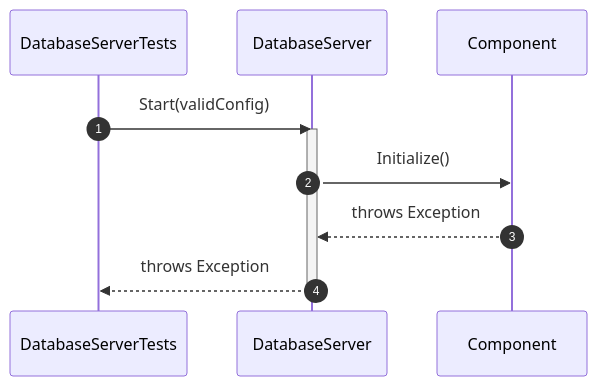
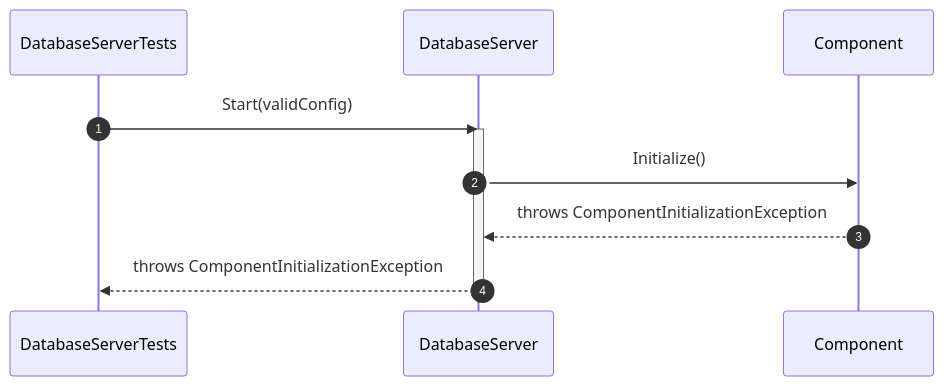
One commit to manaxpow/DBMS changed the fourth of 29 diagrams in docs/sequence-diagrams/database-management/README.md. Above: the diagram before and after it, drawn with Mermaid. The commit also changed other lines of this file and 23 other files, not shown here.

````diff
--- a/docs/sequence-diagrams/database-management/README.md
+++ b/docs/sequence-diagrams/database-management/README.md
@@ -97,15 +97,15 @@
 ```mermaid
 sequenceDiagram
     autonumber
 
     participant Test as DatabaseServerTests
     participant Server as DatabaseServer
     participant Component as Component
 
     Test->>Server: Start(validConfig)
     activate Server
     Server->>Component: Initialize()
-    Component-->>Server: throws Exception
-    Server-->>Test: throws Exception
+    Component-->>Server: throws ComponentInitializationException
+    Server-->>Test: throws ComponentInitializationException
     deactivate Server
 ```
````
